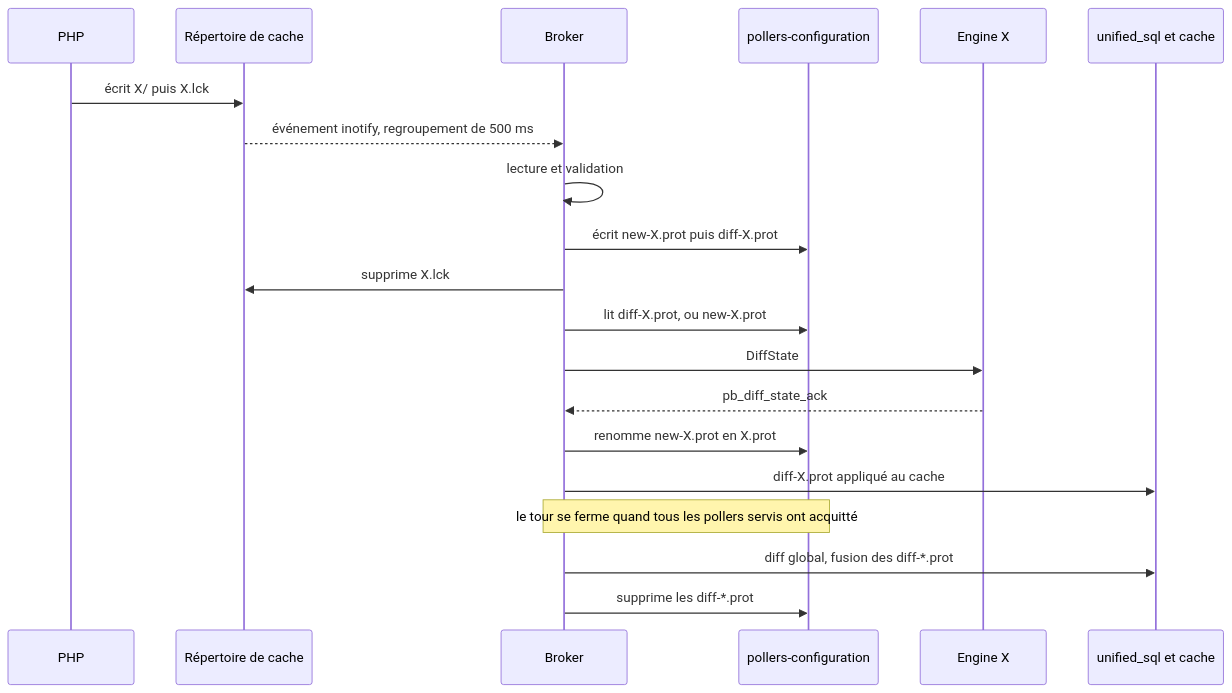
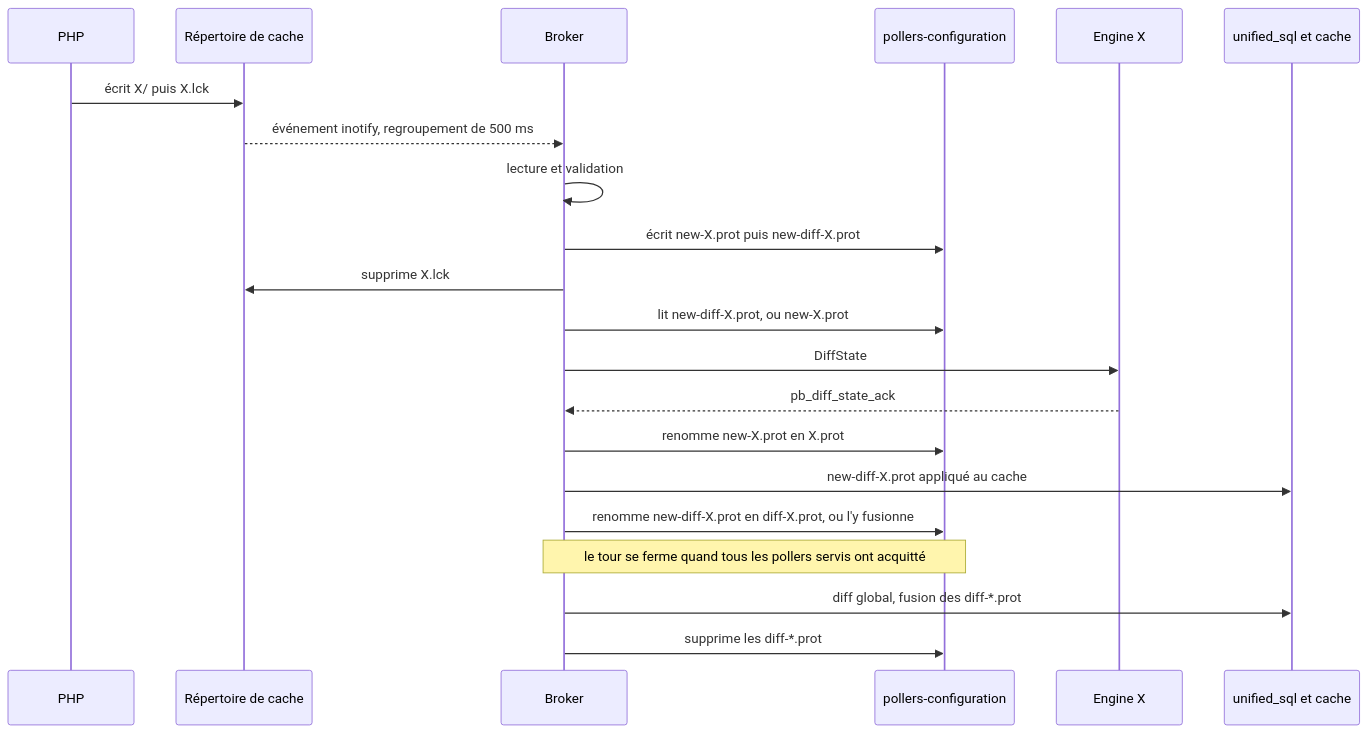
One commit to centreon/centreon-collect changed the first of 13 diagrams in doc/nego-engine-broker/02-configuration-delivery-fr.md. Above: the diagram before and after it, drawn with Mermaid. The commit also changed other lines of this file and 7 other files, not shown here.

````diff
--- a/doc/nego-engine-broker/02-configuration-delivery-fr.md
+++ b/doc/nego-engine-broker/02-configuration-delivery-fr.md
@@ -77,23 +78,24 @@
 ```mermaid
 sequenceDiagram
     participant PHP
     participant C as Répertoire de cache
     participant B as Broker
     participant P as pollers-configuration
     participant E as Engine X
     participant DB as unified_sql et cache
 
     PHP ->> C: écrit X/ puis X.lck
     C -->> B: événement inotify, regroupement de 500 ms
     B ->> B: lecture et validation
-    B ->> P: écrit new-X.prot puis diff-X.prot
+    B ->> P: écrit new-X.prot puis new-diff-X.prot
     B ->> C: supprime X.lck
-    B ->> P: lit diff-X.prot, ou new-X.prot
+    B ->> P: lit new-diff-X.prot, ou new-X.prot
     B ->> E: DiffState
     E -->> B: pb_diff_state_ack
     B ->> P: renomme new-X.prot en X.prot
-    B ->> DB: diff-X.prot appliqué au cache
+    B ->> DB: new-diff-X.prot appliqué au cache
+    B ->> P: renomme new-diff-X.prot en diff-X.prot, ou l'y fusionne
     Note over B,P: le tour se ferme quand tous les pollers servis ont acquitté
     B ->> DB: diff global, fusion des diff-*.prot
     B ->> P: supprime les diff-*.prot
 ```
````
